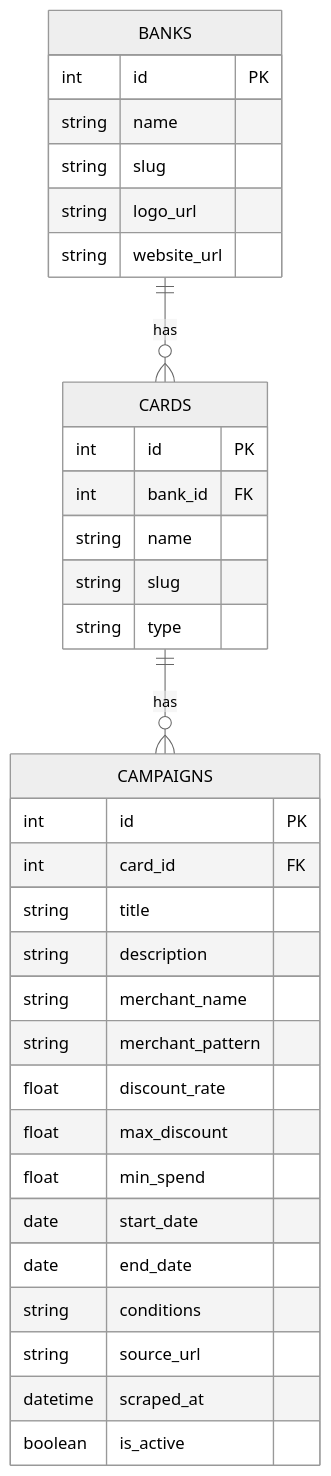
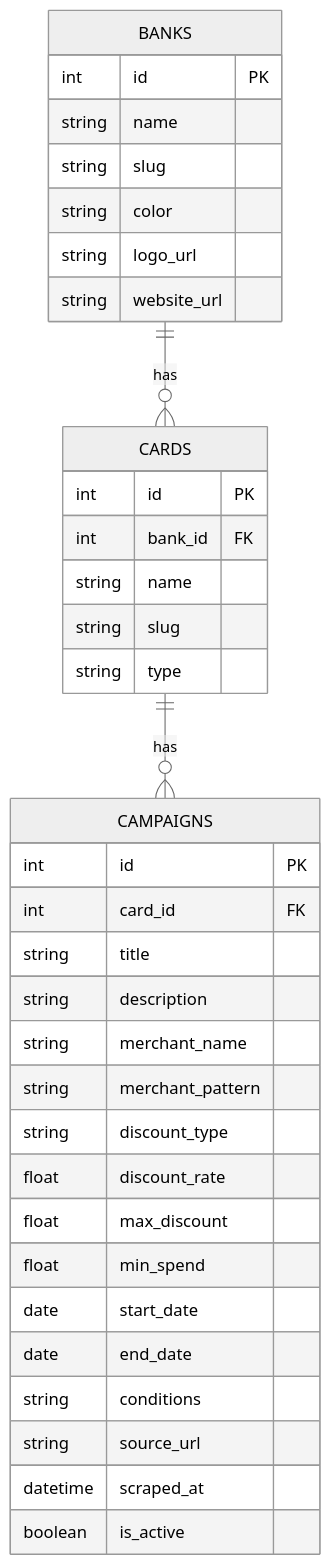
One commit to bsariaslan/berk-1 changed the second of 5 diagrams in implementation_plan.md. Above: the diagram before and after it, drawn with Mermaid (neutral theme). The commit also changed other lines of this file and 37 other files, not shown here.

````diff
--- a/implementation_plan.md
+++ b/implementation_plan.md
@@ -106,36 +109,38 @@
 ```mermaid
 erDiagram
     BANKS {
         int id PK
         string name
         string slug
+        string color
         string logo_url
         string website_url
     }
     CARDS {
         int id PK
         int bank_id FK
         string name
         string slug
         string type
     }
     CAMPAIGNS {
         int id PK
         int card_id FK
         string title
         string description
         string merchant_name
         string merchant_pattern
+        string discount_type
         float discount_rate
         float max_discount
         float min_spend
         date start_date
         date end_date
         string conditions
         string source_url
         datetime scraped_at
         boolean is_active
     }
     BANKS ||--o{ CARDS : has
     CARDS ||--o{ CAMPAIGNS : has
 ```
````
